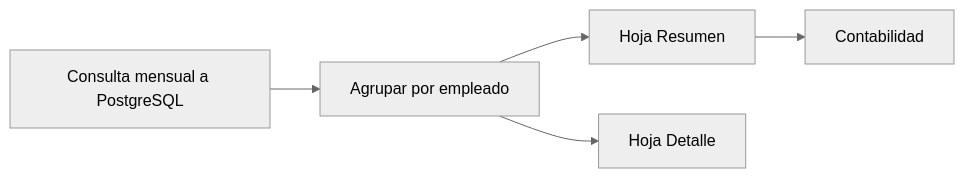
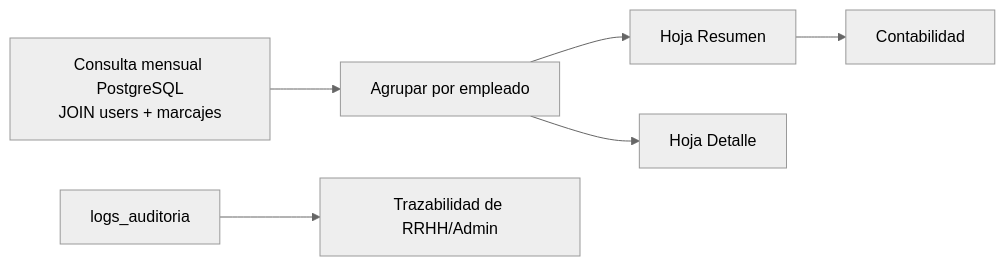
The diagram in Sistema de Marcacion/Panel de Reportes y Auditoría.md (nandres/sistema-marcacion-empresarial), drawn with Mermaid (neutral theme) before and after one commit. The commit also changed other lines of this file, not shown here.

Commit message:
docs(reports): nota Panel de Reportes y Auditoría con flujo Mermaid, estructura de planillas y logs_auditoria

````diff
--- a/Sistema de Marcacion/Panel de Reportes y Auditoría.md
+++ b/Sistema de Marcacion/Panel de Reportes y Auditoría.md
@@ -16,7 +7,8 @@
 ```mermaid
 flowchart LR
-    Q[Consulta mensual a PostgreSQL] --> G[Agrupar por empleado]
+    Q[Consulta mensual PostgreSQL<br/>JOIN users + marcajes] --> G[Agrupar por empleado]
     G --> S[Hoja Resumen]
     G --> D[Hoja Detalle]
     S --> C[Contabilidad]
+    A[logs_auditoria] --> T[Trazabilidad de RRHH/Admin]
 ```
````
